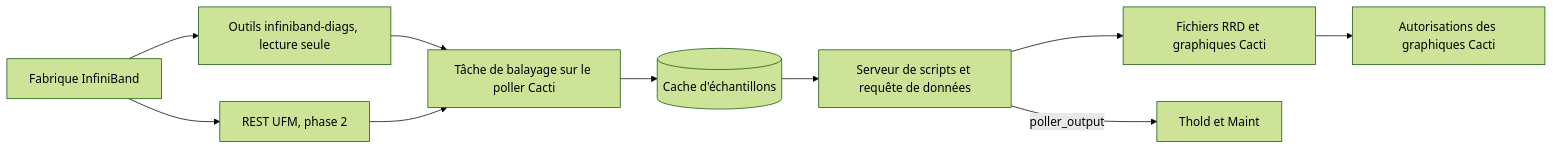
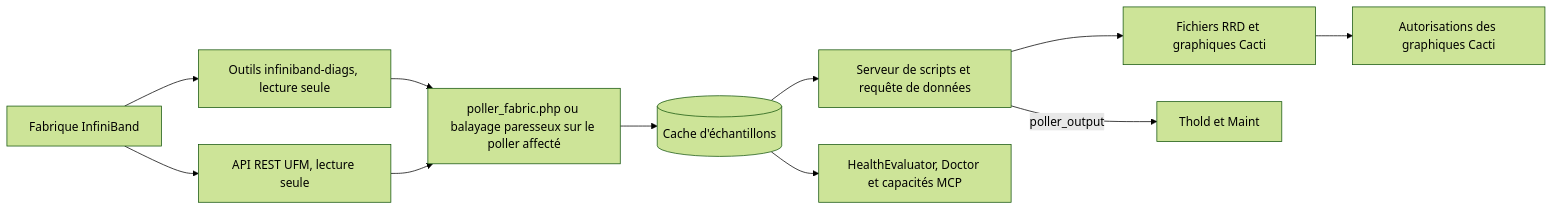
One commit to somethingwithproof/plugin_fabric changed the diagram in docs/i18n/fr-MA/README.md. Above: the diagram before and after it, drawn with Mermaid (forest theme). The commit also changed other lines of this file and 48 other files, not shown here.

````diff
--- a/docs/i18n/fr-MA/README.md
+++ b/docs/i18n/fr-MA/README.md
@@ -102,12 +132,13 @@
 ```mermaid
 flowchart LR
     F[Fabrique InfiniBand] --> T[Outils infiniband-diags, lecture seule]
-    F --> U[REST UFM, phase 2]
-    T --> S[Tâche de balayage sur le poller Cacti]
+    F --> U[API REST UFM, lecture seule]
+    T --> S[poller_fabric.php ou balayage paresseux sur le poller affecté]
     U --> S
     S --> C[(Cache d'échantillons)]
     C --> SS[Serveur de scripts et requête de données]
     SS --> R[Fichiers RRD et graphiques Cacti]
     SS -->|poller_output| TH[Thold et Maint]
+    C --> H[HealthEvaluator, Doctor et capacités MCP]
     R --> P[Autorisations des graphiques Cacti]
 ```
````
